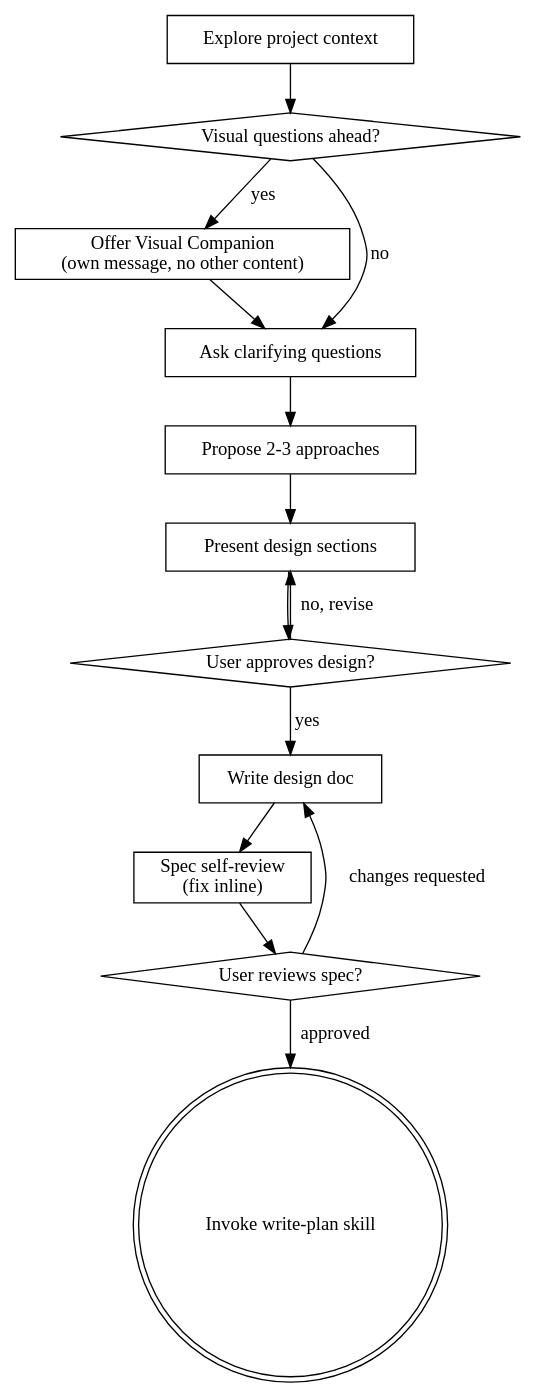
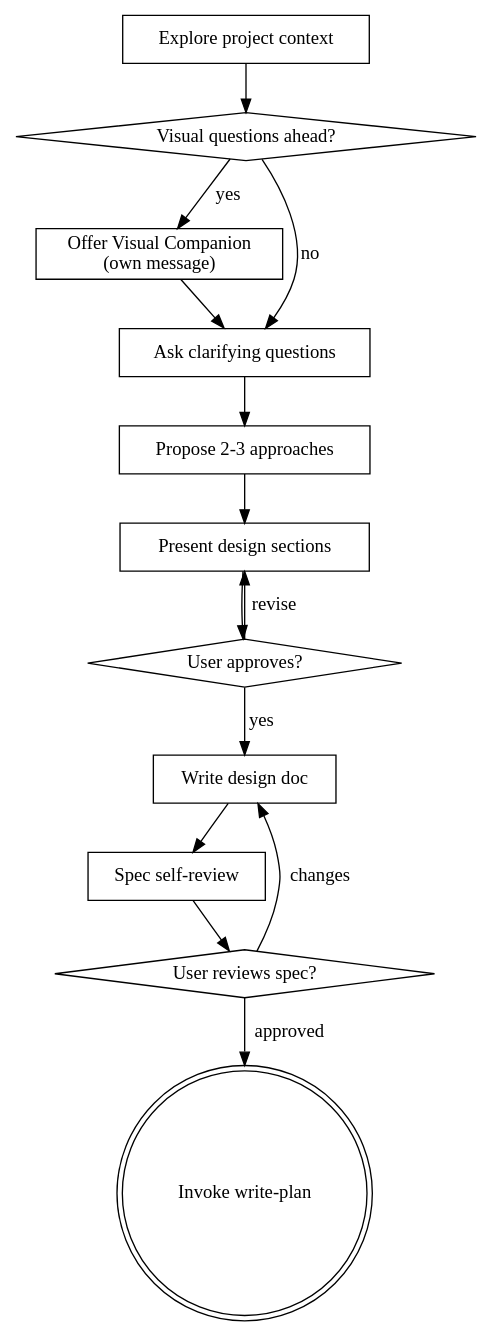
The diagram in workflow/brainstorm/SKILL.md (itstudyu/claude-skills), drawn with Graphviz before and after one commit. The commit also changed other lines of this file and 28 other files, not shown here.

````diff
--- a/workflow/brainstorm/SKILL.md
+++ b/workflow/brainstorm/SKILL.md
@@ -36,29 +47,29 @@
 ```dot
 digraph brainstorming {
     "Explore project context" [shape=box];
     "Visual questions ahead?" [shape=diamond];
-    "Offer Visual Companion\n(own message, no other content)" [shape=box];
+    "Offer Visual Companion\n(own message)" [shape=box];
     "Ask clarifying questions" [shape=box];
     "Propose 2-3 approaches" [shape=box];
     "Present design sections" [shape=box];
-    "User approves design?" [shape=diamond];
+    "User approves?" [shape=diamond];
     "Write design doc" [shape=box];
-    "Spec self-review\n(fix inline)" [shape=box];
+    "Spec self-review" [shape=box];
     "User reviews spec?" [shape=diamond];
-    "Invoke write-plan skill" [shape=doublecircle];
+    "Invoke write-plan" [shape=doublecircle];
 
     "Explore project context" -> "Visual questions ahead?";
-    "Visual questions ahead?" -> "Offer Visual Companion\n(own message, no other content)" [label="yes"];
+    "Visual questions ahead?" -> "Offer Visual Companion\n(own message)" [label="yes"];
     "Visual questions ahead?" -> "Ask clarifying questions" [label="no"];
-    "Offer Visual Companion\n(own message, no other content)" -> "Ask clarifying questions";
+    "Offer Visual Companion\n(own message)" -> "Ask clarifying questions";
     "Ask clarifying questions" -> "Propose 2-3 approaches";
     "Propose 2-3 approaches" -> "Present design sections";
-    "Present design sections" -> "User approves design?";
-    "User approves design?" -> "Present design sections" [label="no, revise"];
-    "User approves design?" -> "Write design doc" [label="yes"];
-    "Write design doc" -> "Spec self-review\n(fix inline)";
-    "Spec self-review\n(fix inline)" -> "User reviews spec?";
-    "User reviews spec?" -> "Write design doc" [label="changes requested"];
-    "User reviews spec?" -> "Invoke write-plan skill" [label="approved"];
+    "Present design sections" -> "User approves?";
+    "User approves?" -> "Present design sections" [label="revise"];
+    "User approves?" -> "Write design doc" [label="yes"];
+    "Write design doc" -> "Spec self-review";
+    "Spec self-review" -> "User reviews spec?";
+    "User reviews spec?" -> "Write design doc" [label="changes"];
+    "User reviews spec?" -> "Invoke write-plan" [label="approved"];
 }
 ```
````
